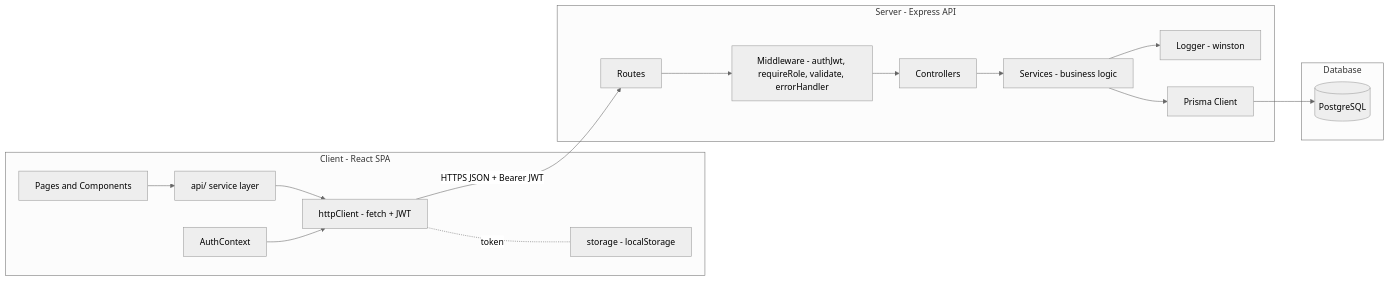
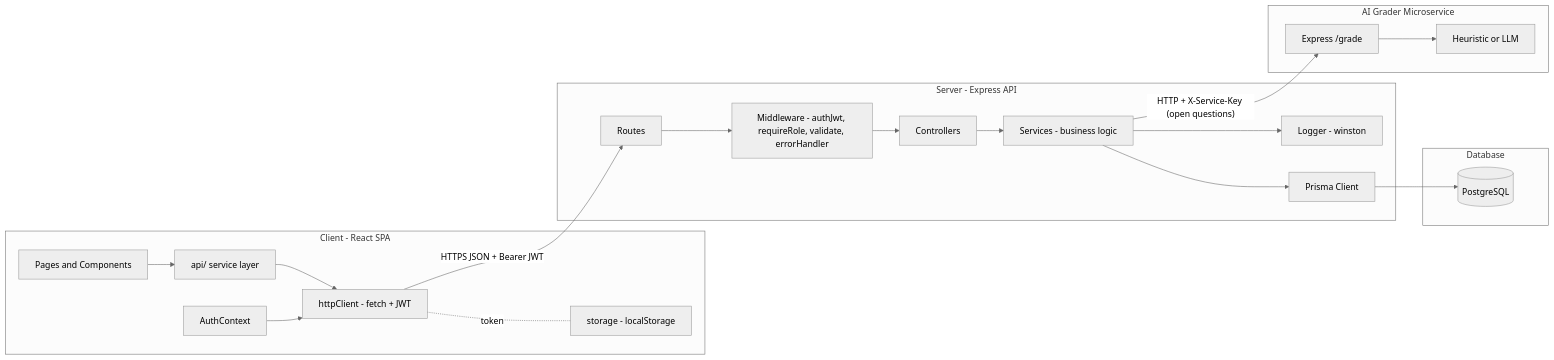
The first of 2 diagrams in docs/architecture.md (nronen29/React-fullstack-project), drawn with Mermaid (neutral theme) before and after one commit. The commit also changed other lines of this file and 27 other files, not shown here.

First line of the commit message:
feat: add AI grading microservice for open-ended answers

````diff
--- a/docs/architecture.md
+++ b/docs/architecture.md
@@ -8,30 +8,36 @@
 ```mermaid
 flowchart LR
   subgraph ClientTier [Client - React SPA]
     UI[Pages and Components]
     ApiLayer[api/ service layer]
     Http[httpClient - fetch + JWT]
     AuthCtx[AuthContext]
     Store[storage - localStorage]
   end
 
   subgraph ServerTier [Server - Express API]
     Routes[Routes]
     Controllers[Controllers]
     Services[Services - business logic]
     Middleware[Middleware - authJwt, requireRole, validate, errorHandler]
     Logger[Logger - winston]
     Prisma[Prisma Client]
   end
 
   subgraph DataTier [Database]
     PG[(PostgreSQL)]
   end
 
+  subgraph Micro [AI Grader Microservice]
+    Grader[Express /grade]
+    Engine[Heuristic or LLM]
+  end
+
   UI --> ApiLayer --> Http
   AuthCtx --> Http
   Http -->|"HTTPS JSON + Bearer JWT"| Routes
   Routes --> Middleware --> Controllers --> Services --> Prisma --> PG
   Services --> Logger
+  Services -->|"HTTP + X-Service-Key (open questions)"| Grader --> Engine
   Http -. token .- Store
 ```
````
